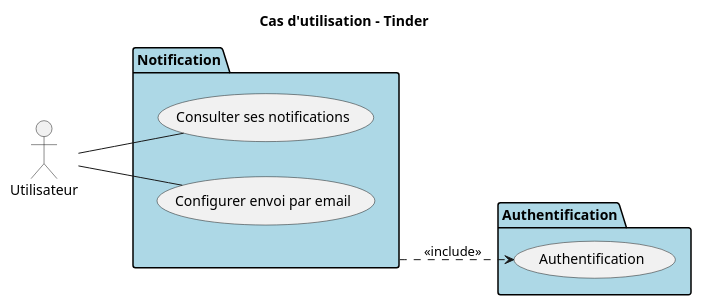
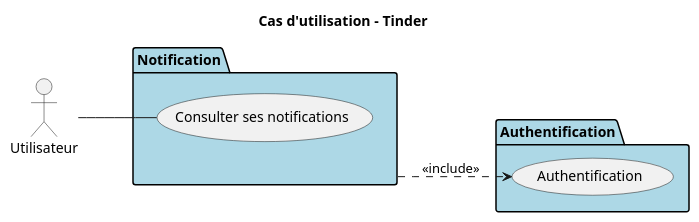
Before and after one commit to MinaroliCorentin/PSO: the diagram in src/Projet_Tinder_Cas_Utilisation_Notification.puml, drawn with PlantUML. The commit also changed 5 other files, not shown here.

```diff
--- a/src/Projet_Tinder_Cas_Utilisation_Notification.puml
+++ b/src/Projet_Tinder_Cas_Utilisation_Notification.puml
@@ -1,26 +1,24 @@
 @startuml
 
 left to right direction
 title Cas d'utilisation - Tinder
 
 actor Utilisateur
 
 package "Authentification" #LightBlue {
 
     usecase "Authentification" as auth
 
 }
 
 package "Notification" #LightBlue {
 
     usecase "Consulter ses notifications" as notif_consult
-    usecase "Configurer envoi par email" as notif_email
 
     Utilisateur -- notif_consult
-    Utilisateur -- notif_email
 
 }
 
 "Notification" ..> auth : <<include>>
 
 @enduml
```
